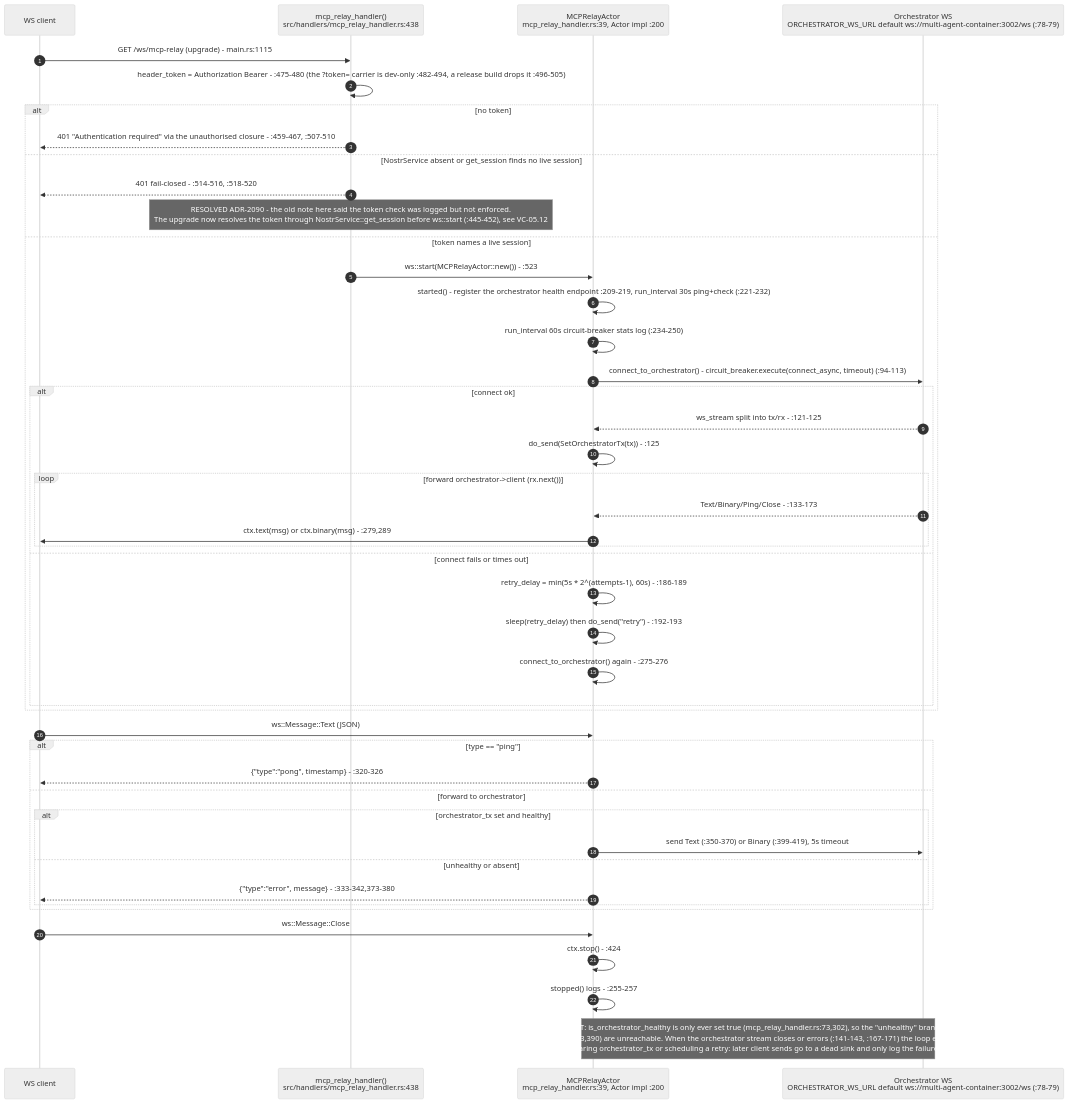
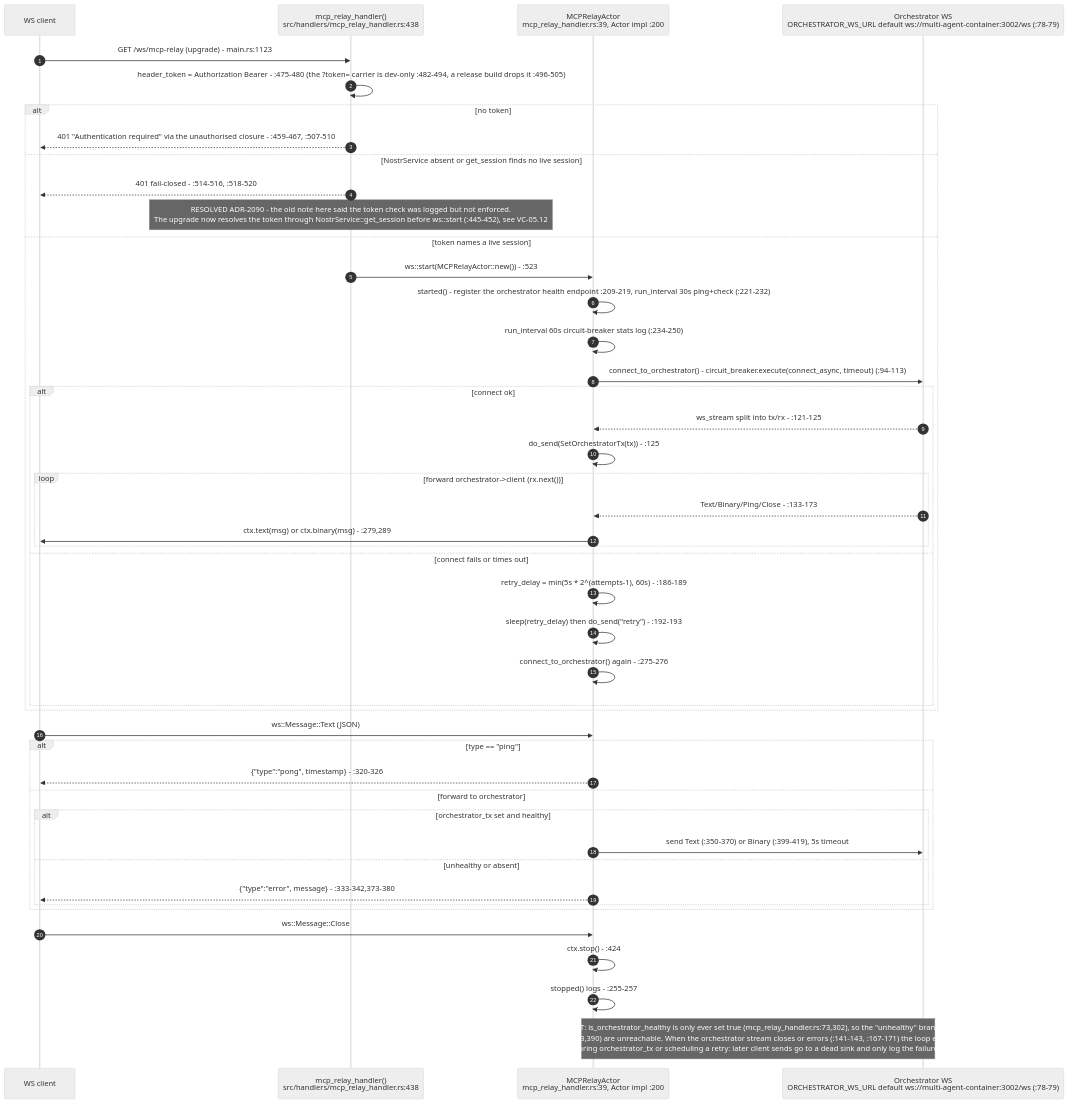
One commit to DreamLab-AI/VisionFlow changed the third of 11 diagrams in docs/diagrams/visionclaw/27-agent-integration-mcp-relay.md. Above: the diagram before and after it, drawn with Mermaid (neutral theme). The commit also changed other lines of this file and 56 other files, not shown here.

First line of the commit message:
docs(diagrams): re-verify VisionClaw topics at ec785afa9, add VC-19/56/57 and the VisionClaw register

````diff
--- a/docs/diagrams/visionclaw/27-agent-integration-mcp-relay.md
+++ b/docs/diagrams/visionclaw/27-agent-integration-mcp-relay.md
@@ -119,48 +127,48 @@
 ```mermaid
 sequenceDiagram
     autonumber
     participant Client as WS client
     participant H as mcp_relay_handler()<br/>src/handlers/mcp_relay_handler.rs:438
     participant A as MCPRelayActor<br/>mcp_relay_handler.rs:39, Actor impl :200
     participant O as Orchestrator WS<br/>ORCHESTRATOR_WS_URL default ws://multi-agent-container:3002/ws (:78-79)
 
-    Client->>H: GET /ws/mcp-relay (upgrade) - main.rs:1115
+    Client->>H: GET /ws/mcp-relay (upgrade) - main.rs:1123
     H->>H: header_token = Authorization Bearer - :475-480 (the ?token= carrier is dev-only :482-494, a release build drops it :496-505)
     alt no token
         H-->>Client: 401 "Authentication required" via the unauthorised closure - :459-467, :507-510
     else NostrService absent or get_session finds no live session
         H-->>Client: 401 fail-closed - :514-516, :518-520
         Note over H: RESOLVED ADR-2090 - the old note here said the token check was logged but not enforced.<br/>The upgrade now resolves the token through NostrService::get_session before ws::start (:445-452), see VC-05.12
     else token names a live session
         H->>A: ws::start(MCPRelayActor::new()) - :523
         A->>A: started() - register the orchestrator health endpoint :209-219, run_interval 30s ping+check (:221-232)
         A->>A: run_interval 60s circuit-breaker stats log (:234-250)
         A->>O: connect_to_orchestrator() - circuit_breaker.execute(connect_async, timeout) (:94-113)
         alt connect ok
             O-->>A: ws_stream split into tx/rx - :121-125
             A->>A: do_send(SetOrchestratorTx(tx)) - :125
             loop forward orchestrator->client (rx.next())
                 O-->>A: Text/Binary/Ping/Close - :133-173
                 A->>Client: ctx.text(msg) or ctx.binary(msg) - :279,289
             end
         else connect fails or times out
             A->>A: retry_delay = min(5s * 2^(attempts-1), 60s) - :186-189
             A->>A: sleep(retry_delay) then do_send("retry") - :192-193
             A->>A: connect_to_orchestrator() again - :275-276
         end
     end
     Client->>A: ws::Message::Text (JSON)
     alt type == "ping"
         A-->>Client: {"type":"pong", timestamp} - :320-326
     else forward to orchestrator
         alt orchestrator_tx set and healthy
             A->>O: send Text (:350-370) or Binary (:399-419), 5s timeout
         else unhealthy or absent
             A-->>Client: {"type":"error", message} - :333-342,373-380
         end
     end
     Client->>A: ws::Message::Close
     A->>A: ctx.stop() - :424
     A->>A: stopped() logs - :255-257
     Note over A,O: DEBT: is_orchestrator_healthy is only ever set true (mcp_relay_handler.rs:73,302), so the "unhealthy" branches<br/>(:333,390) are unreachable. When the orchestrator stream closes or errors (:141-143, :167-171) the loop ends<br/>without clearing orchestrator_tx or scheduling a retry: later client sends go to a dead sink and only log the failure (:361-368).
 ```
````
